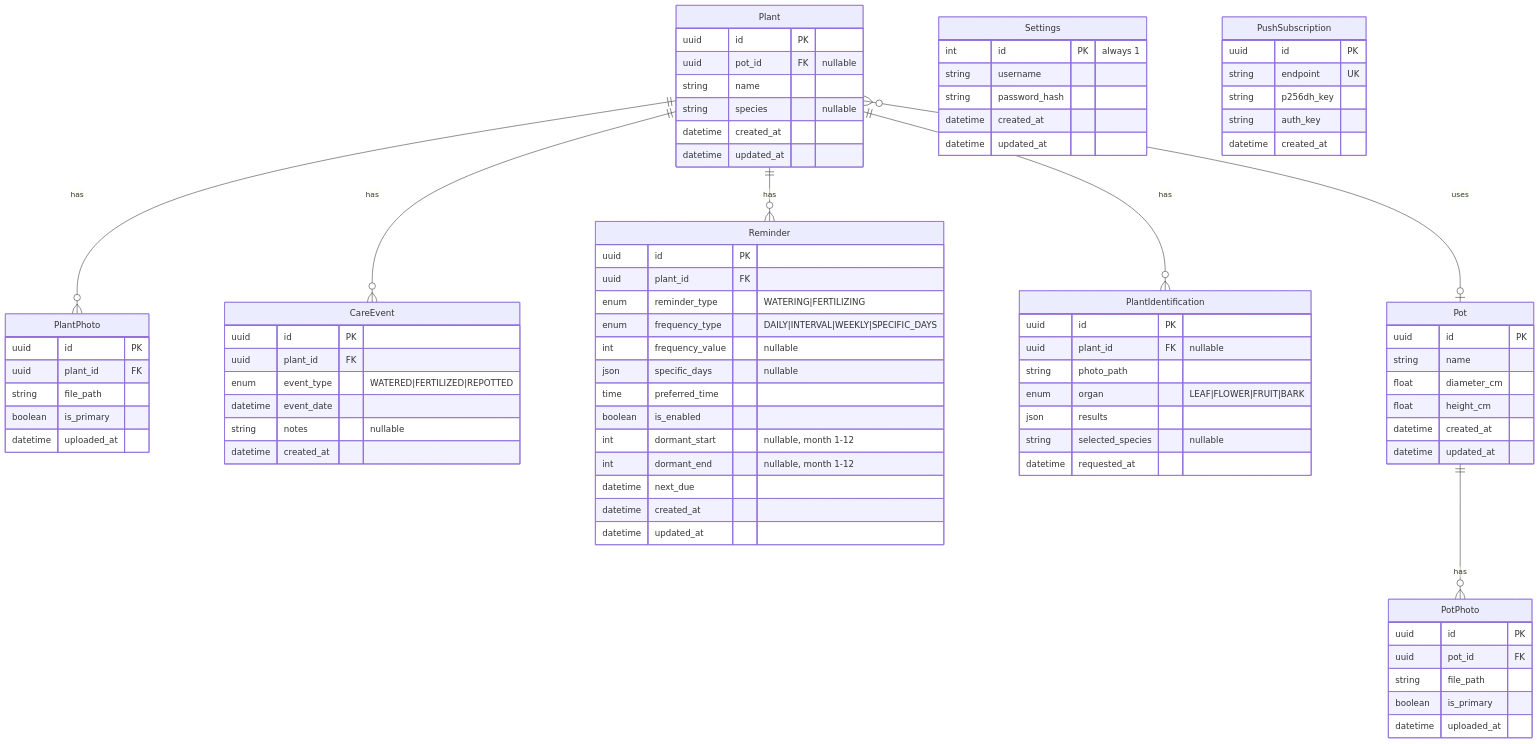
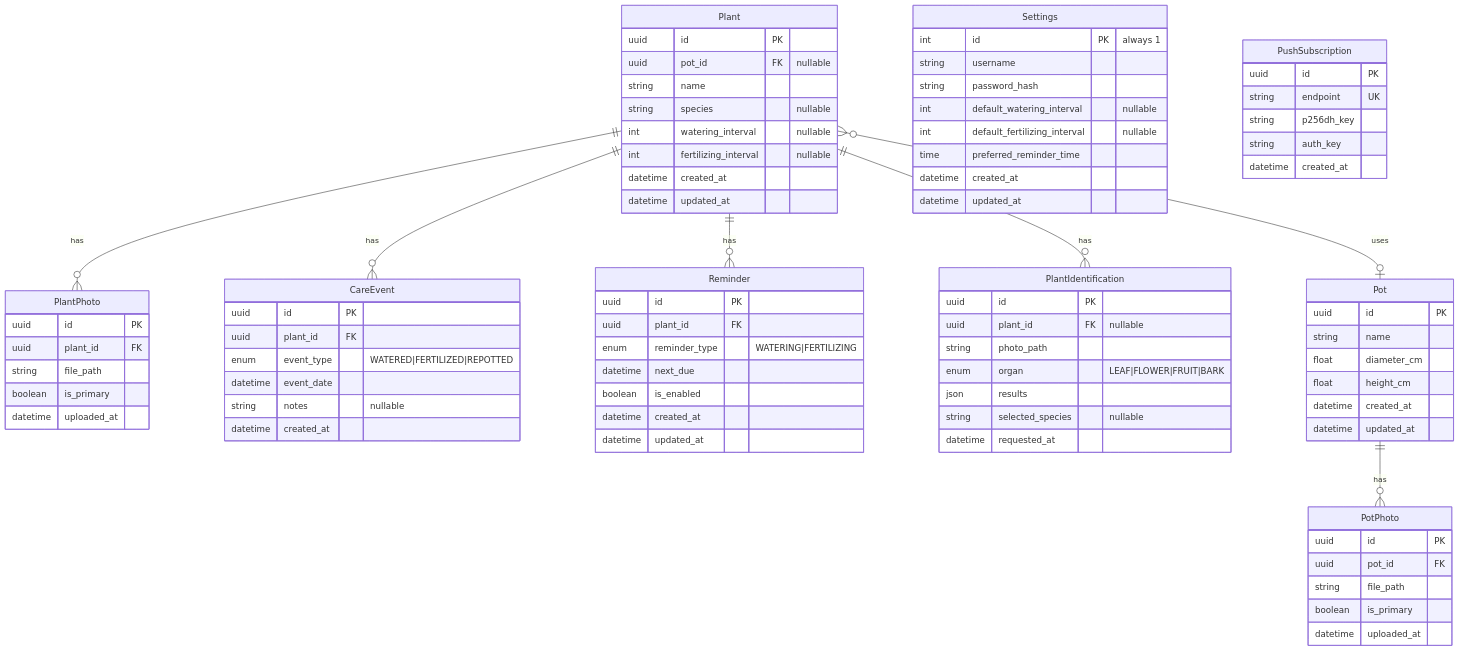
One commit to jdamp/kratzbaum changed the diagram in docs/02_technical/database_schema.md. Above: the diagram before and after it, drawn with Mermaid. The commit also changed other lines of this file and 12 other files, not shown here.

First line of the commit message:
feat: implement interval-based reminder system

```diff
--- a/docs/02_technical/database_schema.md
+++ b/docs/02_technical/database_schema.md
@@ -15,6 +15,9 @@
         int id PK "always 1"
         string username
         string password_hash
+        int default_watering_interval "nullable"
+        int default_fertilizing_interval "nullable"
+        time preferred_reminder_time
         datetime created_at
         datetime updated_at
     }
@@ -32,6 +35,8 @@
         uuid pot_id FK "nullable"
         string name
         string species "nullable"
+        int watering_interval "nullable"
+        int fertilizing_interval "nullable"
         datetime created_at
         datetime updated_at
     }
@@ -74,14 +79,8 @@
         uuid id PK
         uuid plant_id FK
         enum reminder_type "WATERING|FERTILIZING"
-        enum frequency_type "DAILY|INTERVAL|WEEKLY|SPECIFIC_DAYS"
-        int frequency_value "nullable"
-        json specific_days "nullable"
-        time preferred_time
+        datetime next_due
         boolean is_enabled
-        int dormant_start "nullable, month 1-12"
-        int dormant_end "nullable, month 1-12"
-        datetime next_due
         datetime created_at
         datetime updated_at
     }
```
